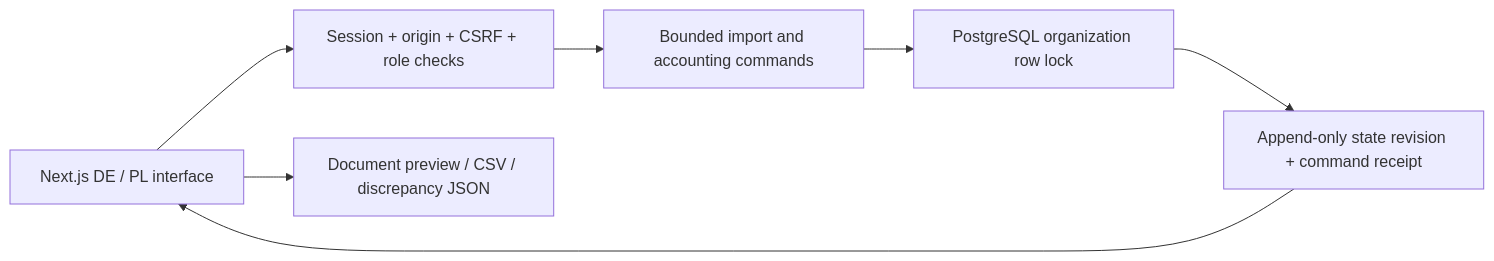
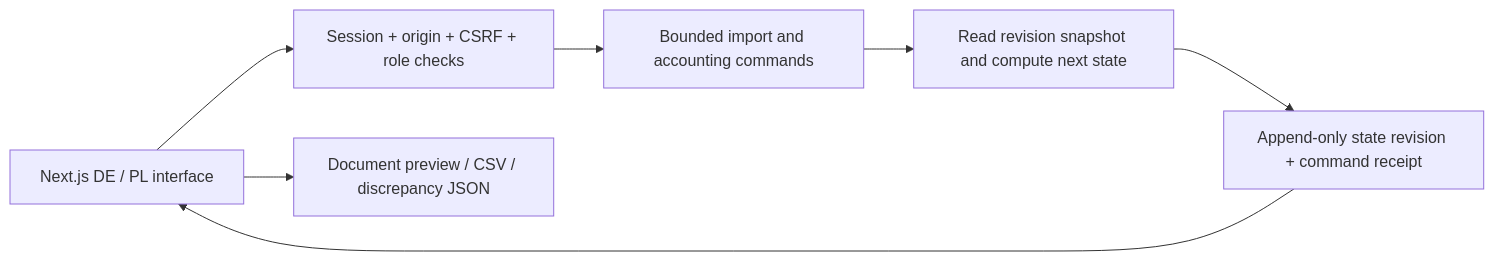
Before and after one commit to Hadezu/operations-desk-reliability: the diagram in docs/ASSOCIATION.md, drawn with Mermaid. The commit also changed other lines of this file and 7 other files, not shown here.

````diff
--- a/docs/ASSOCIATION.md
+++ b/docs/ASSOCIATION.md
@@ -19,9 +19,9 @@
 ```mermaid
 flowchart LR
   UI[Next.js DE / PL interface] --> HTTP[Session + origin + CSRF + role checks]
   HTTP --> Logic[Bounded import and accounting commands]
-  Logic --> Lock[PostgreSQL organization row lock]
+  Logic --> Lock[Read revision snapshot and compute next state]
   Lock --> Revision[Append-only state revision + command receipt]
   Revision --> UI
   UI --> Export[Document preview / CSV / discrepancy JSON]
 ```
````
